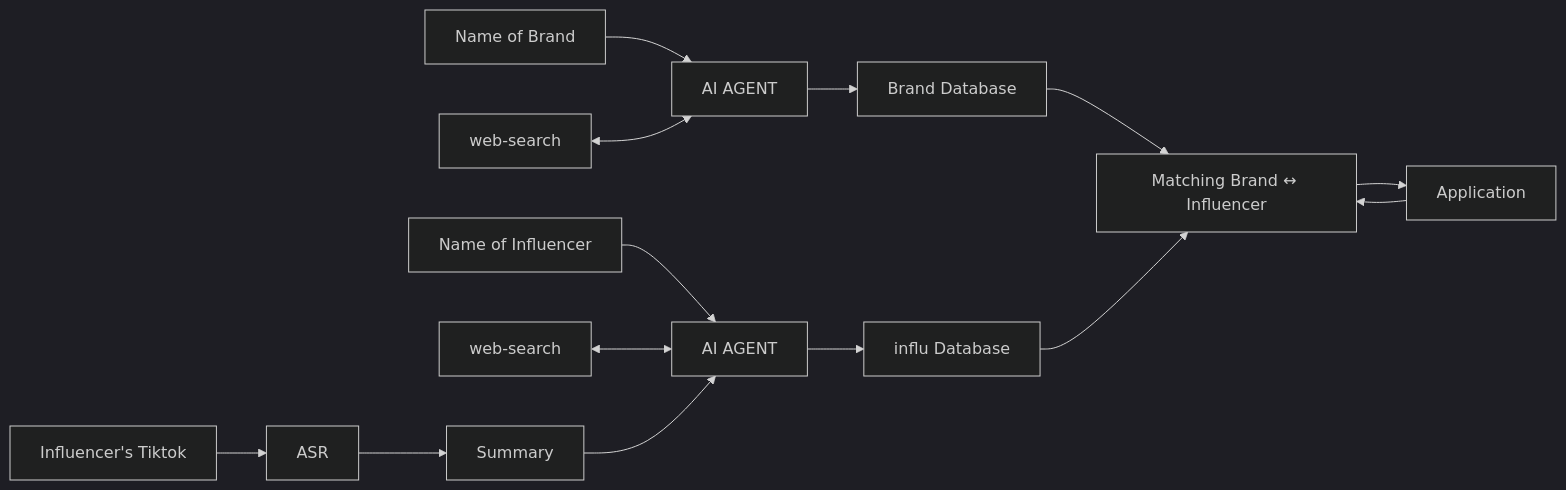
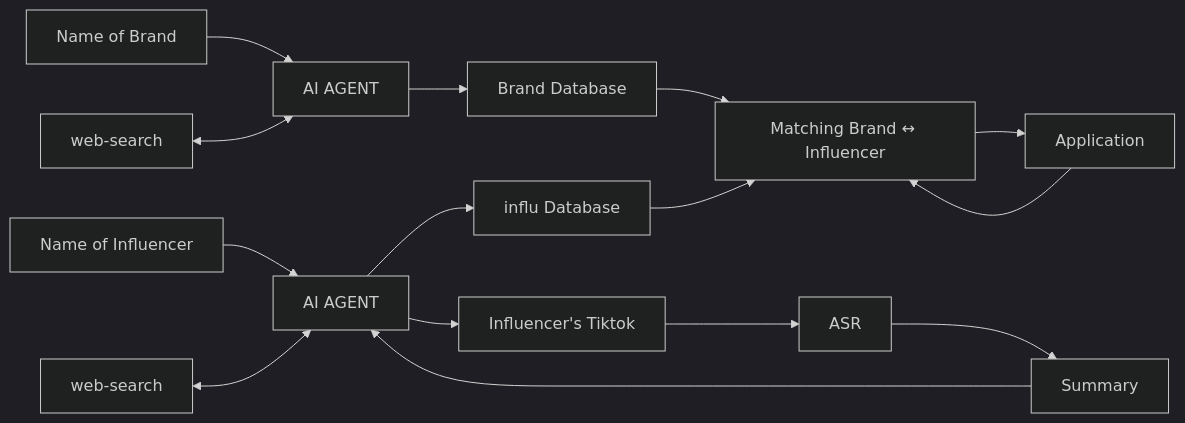
Before and after one commit to Ink6220/brand_influencer_matcher_AI: the diagram in README.md, drawn with Mermaid (dark theme).

Commit message:
Update README.md
update(flow) : add TikTok[Influencer's Tiktok] flow

````diff
--- a/README.md
+++ b/README.md
@@ -68,23 +68,24 @@
 ```mermaid
 flowchart LR
     %% Brand Flow
     Brand[Name of Brand] --> AIAgentBrand[AI AGENT]
     WebSearch1[web-search] <--> AIAgentBrand
     AIAgentBrand --> BrandDB[Brand Database]
 
     %% Influencer Flow
     Influencer[Name of Influencer] --> AIAgentInflu[AI AGENT]
     WebSearch2[web-search] <--> AIAgentInflu
     Summary --> AIAgentInflu
     AIAgentInflu --> InfluDB[influ Database]
+    AIAgentInflu --> TikTok[Influencer's Tiktok]
 
     %% TikTok + ASR
     TikTok[Influencer's Tiktok] --> ASR
     ASR --> Summary
 
     %% Matching + DB
     BrandDB --> Matching[Matching Brand ↔ Influencer]
     InfluDB --> Matching
     Matching --> Application
     Application --> Matching
 ```
````
